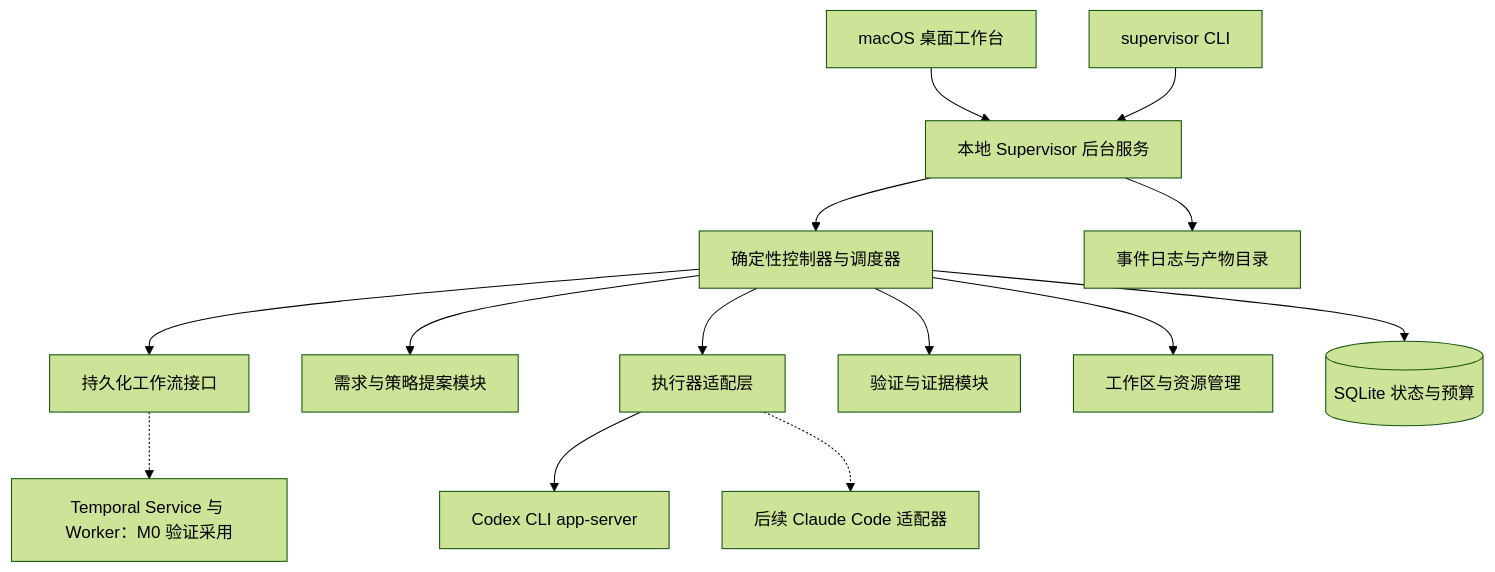
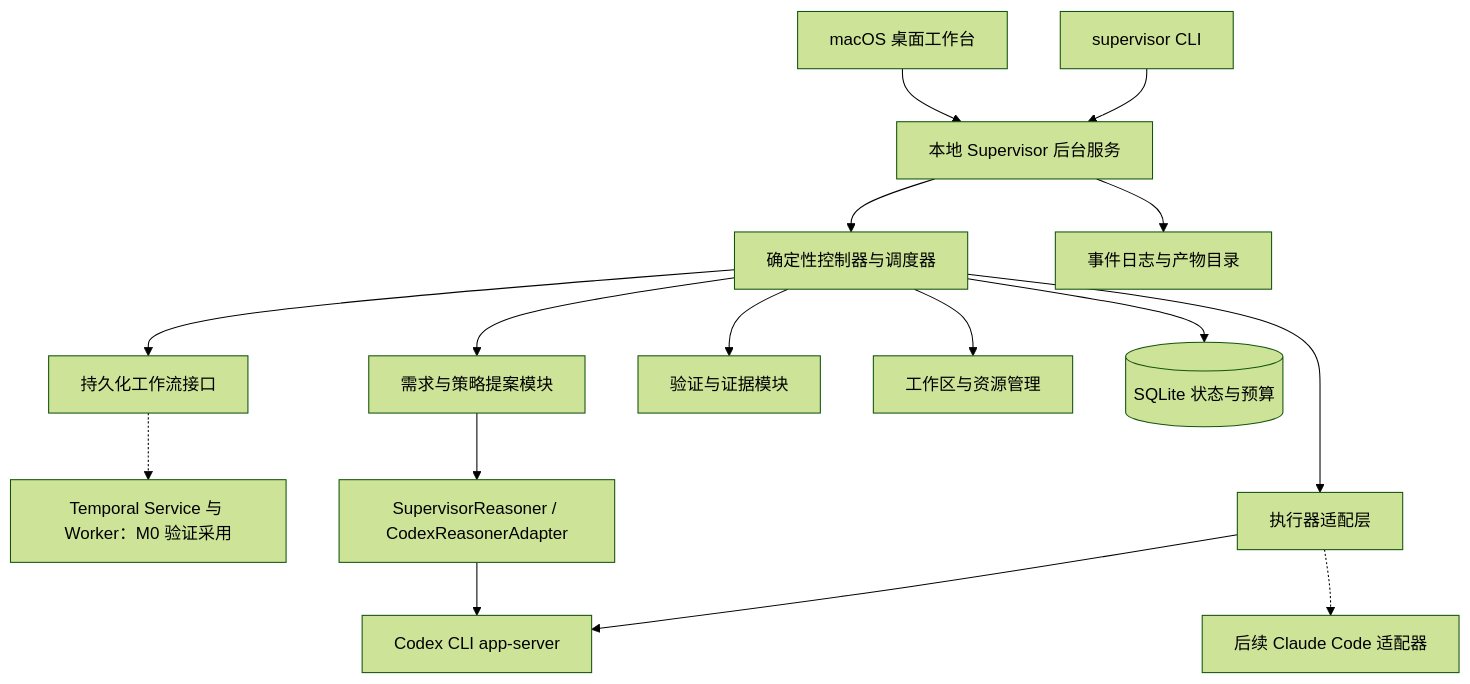
One commit to jamesshao0923/Agents_Supervisor changed the diagram in docs/architecture.md. Above: the diagram before and after it, drawn with Mermaid (forest theme). The commit also changed other lines of this file and 9 other files, not shown here.

````diff
--- a/docs/architecture.md
+++ b/docs/architecture.md
@@ -273,16 +273,18 @@
 ```mermaid
 flowchart TD
     U["macOS 桌面工作台"] --> D["本地 Supervisor 后台服务"]
     C["supervisor CLI"] --> D
     D --> K["确定性控制器与调度器"]
     K --> R["持久化工作流接口"]
     R -.-> T["Temporal Service 与 Worker：M0 验证采用"]
     K --> P["需求与策略提案模块"]
+    P --> B["SupervisorReasoner / CodexReasonerAdapter"]
+    B --> X
     K --> A["执行器适配层"]
     A --> X["Codex CLI app-server"]
     A -.-> Y["后续 Claude Code 适配器"]
     K --> V["验证与证据模块"]
     K --> W["工作区与资源管理"]
     K --> S[("SQLite 状态与预算")]
     D --> L["事件日志与产物目录"]
 ```
````
